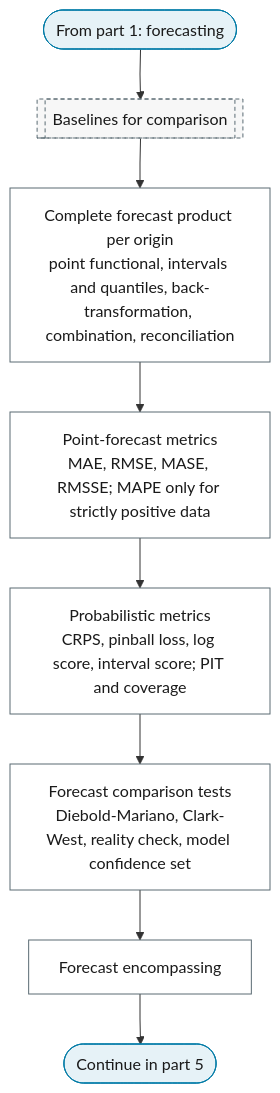
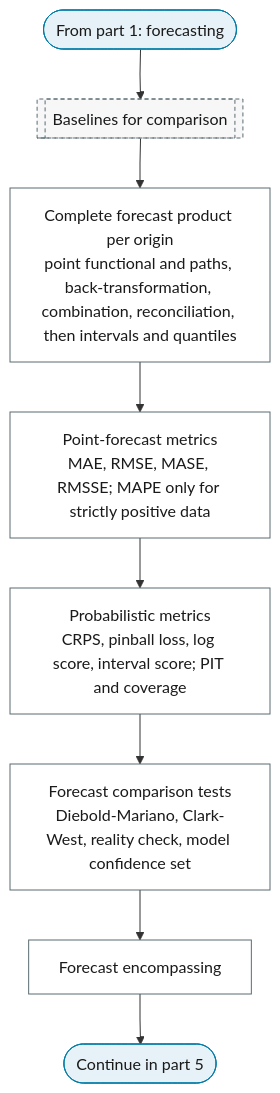
One commit to Shuxin-Y/time-series-analysis-manual changed the second of 5 diagrams in docs/01-workflow/p10-evaluation-selection.md. Above: the diagram before and after it, drawn with Mermaid. The commit also changed 2 other files, not shown here.

Commit message:
fix(p11): intervals and quantiles are derived from the final paths
Back-transformation, combination, judgmental adjustment and
reconciliation now act on sample paths or predictive distributions, and
intervals and quantiles come last; before, the issued interval belonged
to one base model's forecast and surrounded a different centre. P10's
product label and the forecasting chart follow the same order.

````diff
--- a/docs/01-workflow/p10-evaluation-selection.md
+++ b/docs/01-workflow/p10-evaluation-selection.md
@@ -36,22 +36,22 @@
 ```mermaid
 %%{init: {"flowchart": {"curve": "linear"}}}%%
 graph TD
     P10_PART_2_IN(["From part 1: forecasting"]) --> P0_FC_BASELINES[["Baselines for comparison"]]
-    P0_FC_BASELINES --> P10_FORECAST_PRODUCT["Complete forecast product per origin<br/>point functional, intervals and quantiles, back-transformation, combination, reconciliation"]
+    P0_FC_BASELINES --> P10_FORECAST_PRODUCT["Complete forecast product per origin<br/>point functional and paths, back-transformation, combination, reconciliation, then intervals and quantiles"]
     P10_FORECAST_PRODUCT --> P10_POINT_METRICS["Point-forecast metrics<br/>MAE, RMSE, MASE, RMSSE; MAPE only for strictly positive data"]
     P10_POINT_METRICS --> P10_PROBABILISTIC_METRICS["Probabilistic metrics<br/>CRPS, pinball loss, log score, interval score; PIT and coverage"]
     P10_PROBABILISTIC_METRICS --> P10_FORECAST_COMPARISON["Forecast comparison tests<br/>Diebold-Mariano, Clark-West, reality check, model confidence set"]
     P10_FORECAST_COMPARISON --> P10_ENCOMPASSING["Forecast encompassing"]
     P10_ENCOMPASSING --> P10_PART_2_OUT(["Continue in part 5"])
     class P10_PART_2_IN,P10_PART_2_OUT terminator
     class P10_FORECAST_PRODUCT,P10_POINT_METRICS,P10_PROBABILISTIC_METRICS,P10_FORECAST_COMPARISON,P10_ENCOMPASSING process
     class P0_FC_BASELINES ref
     classDef terminator fill:#E6F2F7,stroke:#007BA7,color:#1A1A1A;
     classDef process fill:#FFFFFF,stroke:#5A6B73,color:#1A1A1A;
     classDef decision fill:#EFE7F0,stroke:#9B7FA7,color:#1A1A1A;
     classDef data fill:#FFF4E0,stroke:#C9A55E,color:#1A1A1A;
     classDef good fill:#DCEFD8,stroke:#4A7A3F,color:#1A1A1A;
     classDef escalate fill:#FFE9C2,stroke:#C9A55E,color:#1A1A1A;
     classDef problem fill:#F2D9DE,stroke:#800020,color:#1A1A1A;
     classDef ref fill:#F7F7F7,stroke:#5A6B73,color:#1A1A1A,stroke-dasharray:4 3;
 ```
````
